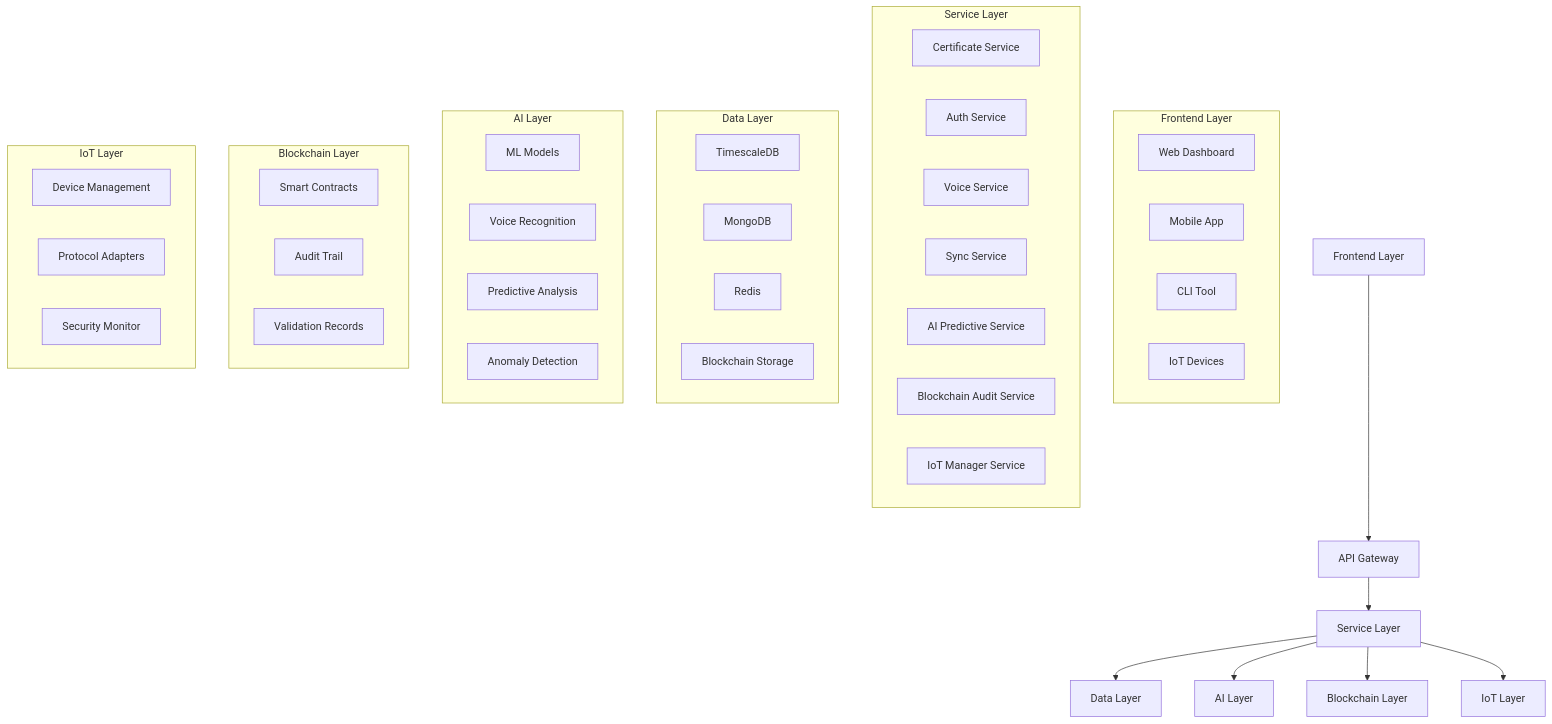
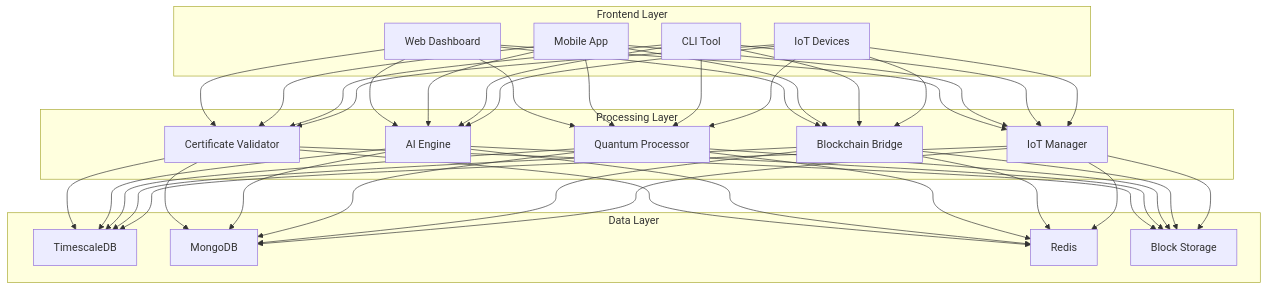
The first of 7 diagrams in docs/ARCHITECTURE.md (nabz0r/universal-ssl-validator), drawn with Mermaid before and after one commit. The commit also changed other lines of this file, not shown here.

Commit message:
Update architecture documentation with comprehensive database and system diagrams

````diff
--- a/docs/ARCHITECTURE.md
+++ b/docs/ARCHITECTURE.md
@@ -5,52 +5,27 @@
 ```mermaid
-graph TD
-    A[Frontend Layer] --> B[API Gateway]
-    B --> C[Service Layer]
-    C --> D[Data Layer]
-    C --> E[AI Layer]
-    C --> F[Blockchain Layer]
-    C --> G[IoT Layer]
-
+graph TB
     subgraph Frontend Layer
         A1[Web Dashboard]
         A2[Mobile App]
         A3[CLI Tool]
         A4[IoT Devices]
     end
 
-    subgraph Service Layer
-        C1[Certificate Service]
-        C2[Auth Service]
-        C3[Voice Service]
-        C4[Sync Service]
-        C5[AI Predictive Service]
-        C6[Blockchain Audit Service]
-        C7[IoT Manager Service]
+    subgraph Processing Layer
+        B1[Certificate Validator]
+        B2[AI Engine]
+        B3[Quantum Processor]
+        B4[Blockchain Bridge]
+        B5[IoT Manager]
     end
 
     subgraph Data Layer
-        D1[TimescaleDB]
-        D2[MongoDB]
-        D3[Redis]
-        D4[Blockchain Storage]
+        C1[TimescaleDB]
+        C2[MongoDB]
+        C3[Redis]
+        C4[Block Storage]
     end
 
-    subgraph AI Layer
-        E1[ML Models]
-        E2[Voice Recognition]
-        E3[Predictive Analysis]
-        E4[Anomaly Detection]
-    end
-
-    subgraph Blockchain Layer
-        F1[Smart Contracts]
-        F2[Audit Trail]
-        F3[Validation Records]
-    end
-
-    subgraph IoT Layer
-        G1[Device Management]
-        G2[Protocol Adapters]
-        G3[Security Monitor]
-    end
+    A1 & A2 & A3 & A4 --> B1 & B2 & B3 & B4 & B5
+    B1 & B2 & B3 & B4 & B5 --> C1 & C2 & C3 & C4
 ```
````
